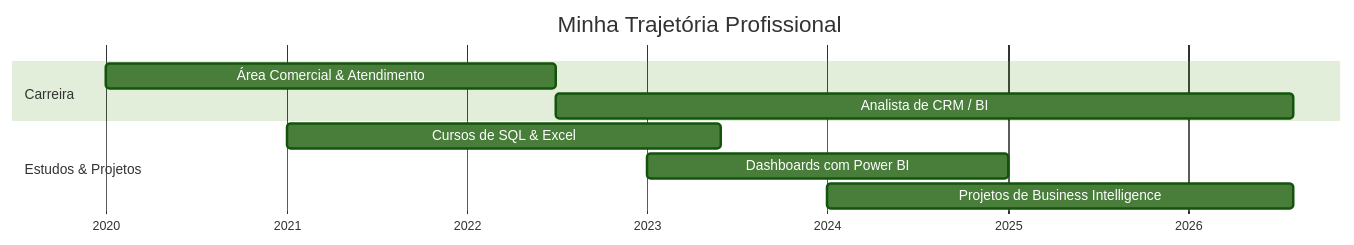
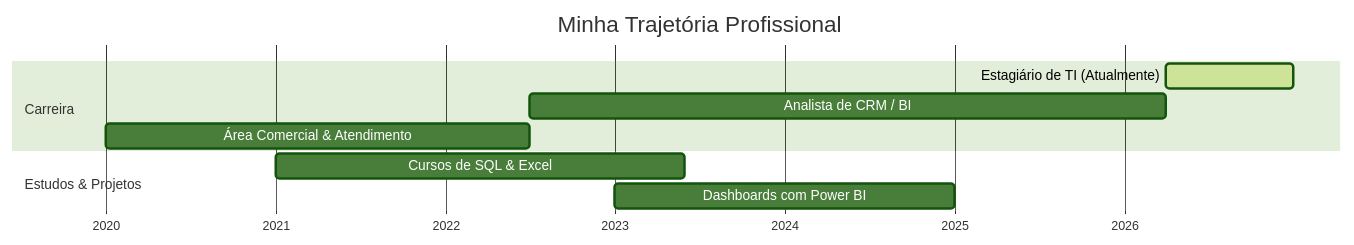
The diagram in README.md (tisoares2001-lab/tisoares2001-lab), drawn with Mermaid (forest theme) before and after one commit.

Commit message:
Update career and education sections in README

````diff
--- a/README.md
+++ b/README.md
@@ -18,15 +18,15 @@
 ```mermaid
 gantt
     title Minha Trajetória Profissional
     dateFormat  YYYY-MM-DD
     axisFormat  %Y
 
     section Carreira
-    Área Comercial & Atendimento   :a1, 2020-01-01, 2022-06-30
-    Analista de CRM / BI          :a2, 2022-07-01, 2026-08-01
+    Estagiário de TI (Atualmente)  :active, b3, 2026-04-01, 2026-12-31
+    Analista de CRM / BI           :a2, 2022-07-01, 2026-03-31
+    Área Comercial & Atendimento    :a1, 2020-01-01, 2022-06-30
 
     section Estudos & Projetos
-    Cursos de SQL & Excel         :b1, 2021-01-01, 2023-05-30
-    Dashboards com Power BI       :b2, 2023-01-01, 2024-12-31
-    Projetos de Business Intelligence :b3, 2024-01-01, 2026-08-01
+    Cursos de SQL & Excel          :b1, 2021-01-01, 2023-05-30
+    Dashboards com Power BI        :b2, 2023-01-01, 2024-12-31
 ```
````
